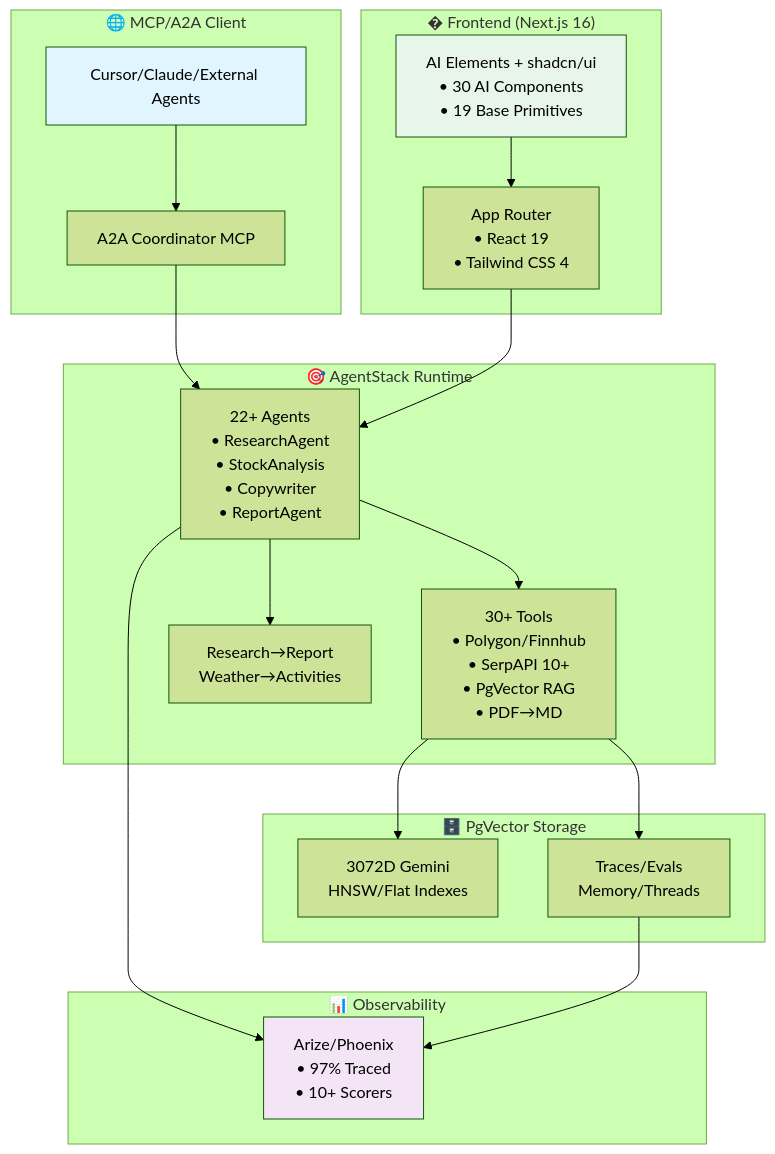
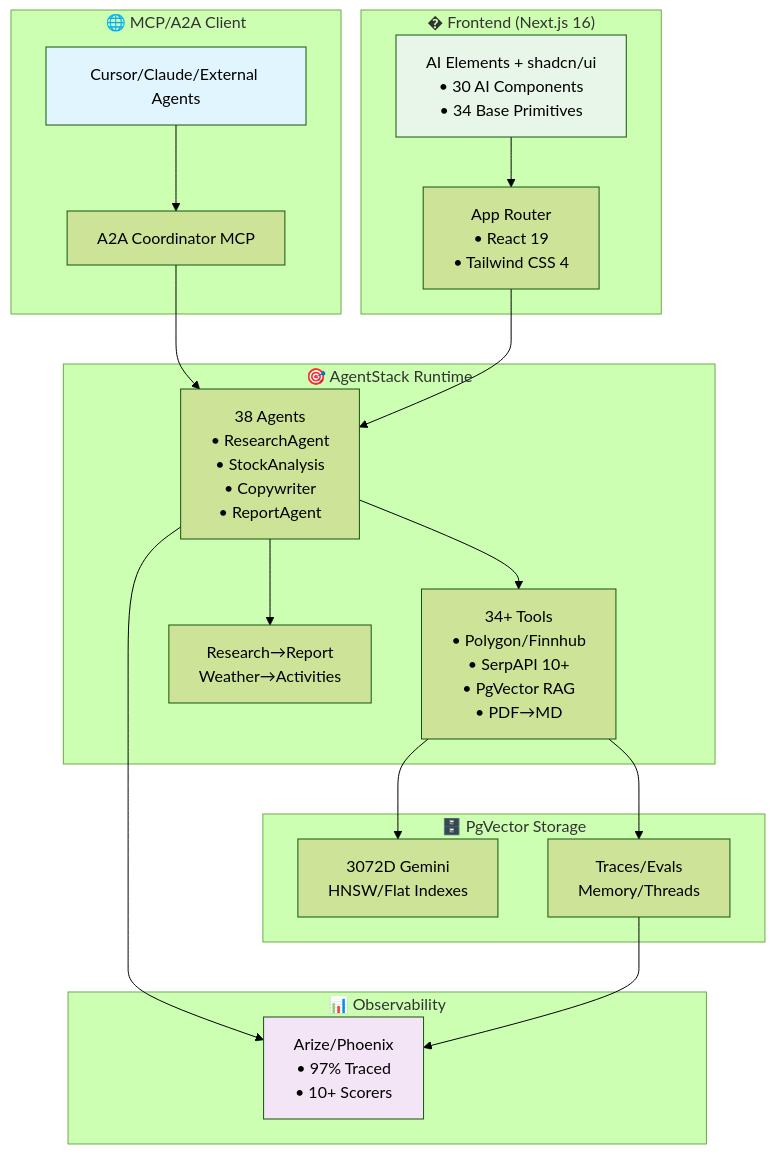
Before and after one commit to ssdeanx/AgentStack: the first of 3 diagrams in README.md, drawn with Mermaid (forest theme). The commit also changed other lines of this file and 4 other files, not shown here.

First line of the commit message:
feat: update AGENTS and README metadata, enhance chat API

````diff
--- a/README.md
+++ b/README.md
@@ -67,34 +67,34 @@
 ```mermaid
 graph TB
     subgraph "� Frontend (Next.js 16)"
-        UI[AI Elements + shadcn/ui<br/>• 30 AI Components<br/>• 19 Base Primitives]
+        UI[AI Elements + shadcn/ui<br/>• 30 AI Components<br/>• 34 Base Primitives]
         App[App Router<br/>• React 19<br/>• Tailwind CSS 4]
     end
 
     subgraph "🌐 MCP/A2A Client"
         Client[Cursor/Claude/External Agents] --> Coord[A2A Coordinator MCP]
     end
 
     subgraph "🎯 AgentStack Runtime"
-        Coord --> Agents[22+ Agents<br/>• ResearchAgent<br/>• StockAnalysis<br/>• Copywriter<br/>• ReportAgent]
-        Agents --> Tools[30+ Tools<br/>• Polygon/Finnhub<br/>• SerpAPI 10+<br/>• PgVector RAG<br/>• PDF→MD]
+        Coord --> Agents[38 Agents<br/>• ResearchAgent<br/>• StockAnalysis<br/>• Copywriter<br/>• ReportAgent]
+        Agents --> Tools[34+ Tools<br/>• Polygon/Finnhub<br/>• SerpAPI 10+<br/>• PgVector RAG<br/>• PDF→MD]
         Agents --> Workflows[Research→Report<br/>Weather→Activities]
     end
 
     subgraph "🗄️ PgVector Storage"
         Tools --> Embeddings[3072D Gemini<br/>HNSW/Flat Indexes]
         Tools --> Postgres[Traces/Evals<br/>Memory/Threads]
     end
 
     subgraph "📊 Observability"
         Agents --> Arize[Arize/Phoenix<br/>• 97% Traced<br/>• 10+ Scorers]
         Postgres --> Arize
     end
 
     UI --> App
     App --> Agents
 
     style Client fill:#e1f5fe
     style Arize fill:#f3e5f5
     style UI fill:#e8f5e9
 ```
````
